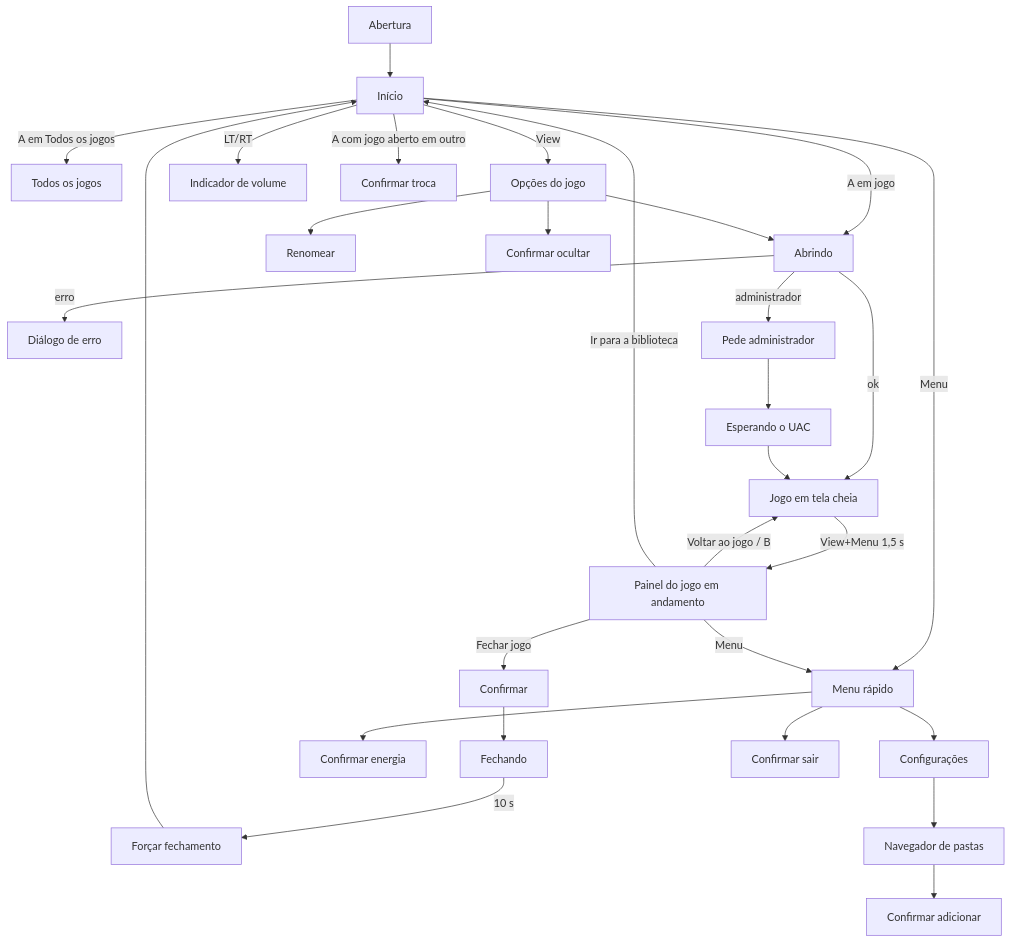
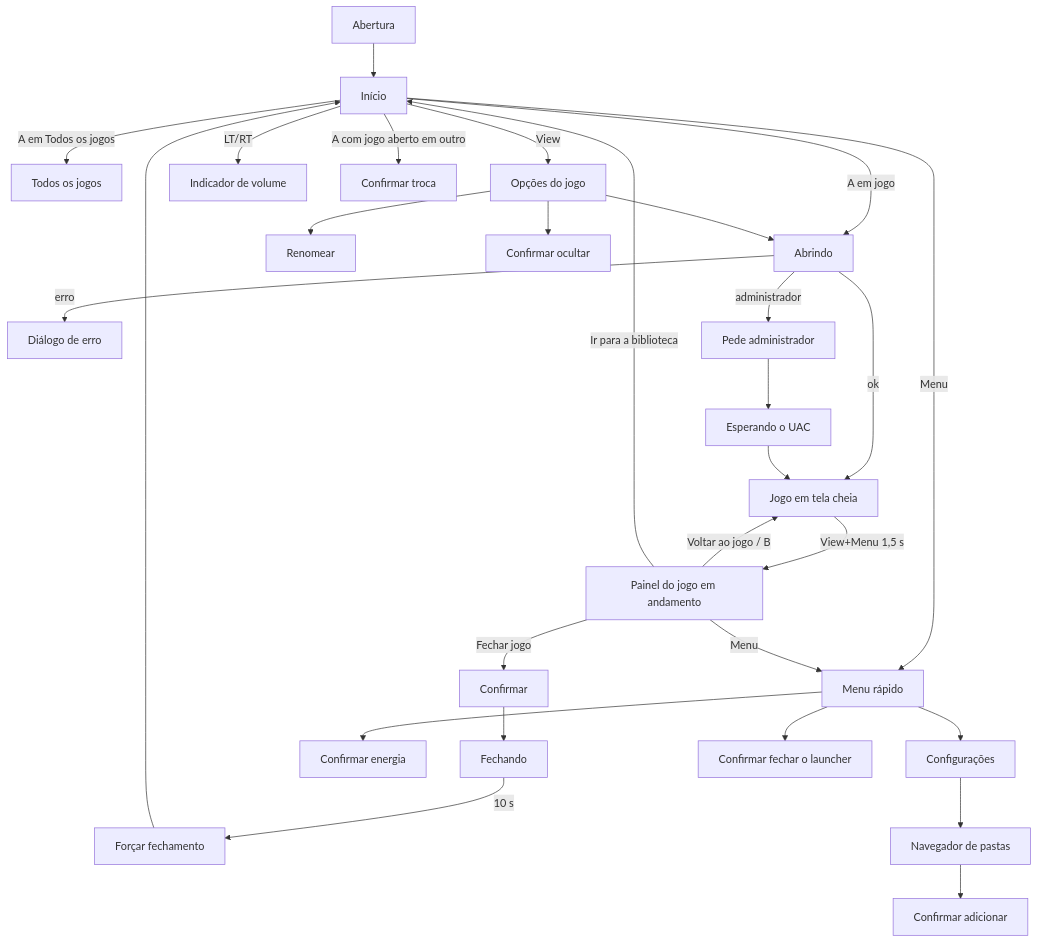
One commit to dev-azevedo/game-launcher-home-tv changed the diagram in docs/design/launcher-tv.md. Above: the diagram before and after it, drawn with Mermaid. The commit also changed other lines of this file and 52 other files, not shown here.

````diff
--- a/docs/design/launcher-tv.md
+++ b/docs/design/launcher-tv.md
@@ -28,21 +28,21 @@
 ```mermaid
 flowchart TD
   B[Abertura] --> H[Início]
   H -->|A em jogo| L[Abrindo]
   H -->|A em Todos os jogos| AG[Todos os jogos]
   H -->|View| OP[Opções do jogo]
   H -->|Menu| Q[Menu rápido]
   H -->|LT/RT| V[Indicador de volume]
   OP --> R[Renomear] & OC[Confirmar ocultar] & L
   L -->|ok| J[Jogo em tela cheia]
   L -->|erro| E[Diálogo de erro]
   L -->|administrador| AD[Pede administrador] --> UAC[Esperando o UAC] --> J
   J -->|View+Menu 1,5 s| P[Painel do jogo em andamento]
   P -->|Voltar ao jogo / B| J
   P -->|Fechar jogo| FC[Confirmar] --> FE[Fechando] -->|10 s| FF[Forçar fechamento] --> H
   P -->|Ir para a biblioteca| H
   P -->|Menu| Q
-  Q --> PW[Confirmar energia] & CF[Configurações] & SX[Confirmar sair]
+  Q --> PW[Confirmar energia] & CF[Configurações] & SX[Confirmar fechar o launcher]
   CF --> NP[Navegador de pastas] --> AC[Confirmar adicionar]
   H -->|A com jogo aberto em outro| SW[Confirmar troca]
 ```
````
